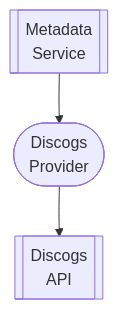
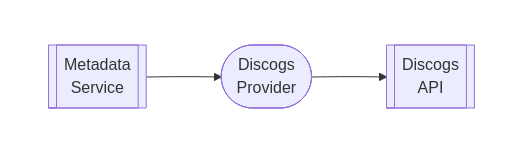
One commit to lusoris/revenge changed the diagram in docs/dev/design/integrations/metadata/music/DISCOGS.md. Above: the diagram before and after it, drawn with Mermaid. The commit also changed 210 other files, not shown here.

First line of the commit message:
feat(docs): Add horizontal layout support for Mermaid diagrams

````diff
--- a/docs/dev/design/integrations/metadata/music/DISCOGS.md
+++ b/docs/dev/design/integrations/metadata/music/DISCOGS.md
@@ -60,8 +60,14 @@
 ```mermaid
 flowchart TD
-    node1[["Metadata<br/>Service"]]
-    node2(["Discogs<br/>Provider"])
-    node3[["Discogs<br/>API"]]
+    subgraph row1[ ]
+        direction LR
+        node1[["Metadata<br/>Service"]]
+        node2(["Discogs<br/>Provider"])
+        node3[["Discogs<br/>API"]]
+    end
     node1 --> node2
     node2 --> node3
+
+    %% Hide row subgraph borders
+    style row1 fill:transparent,stroke:transparent
 ```
````
